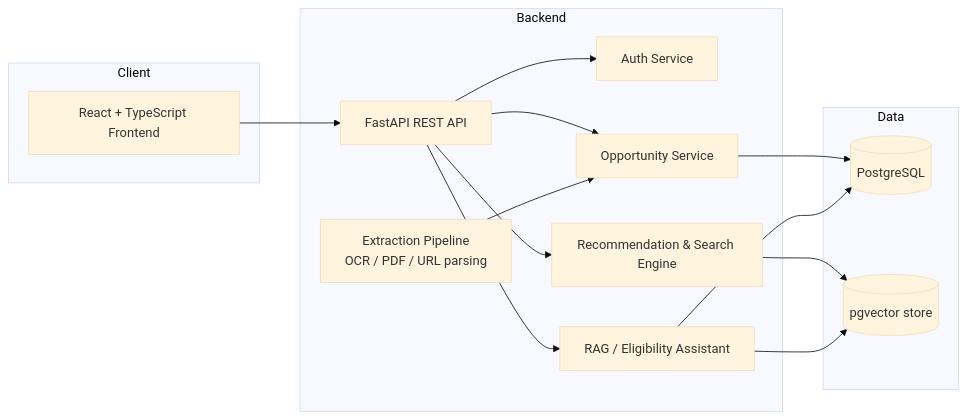
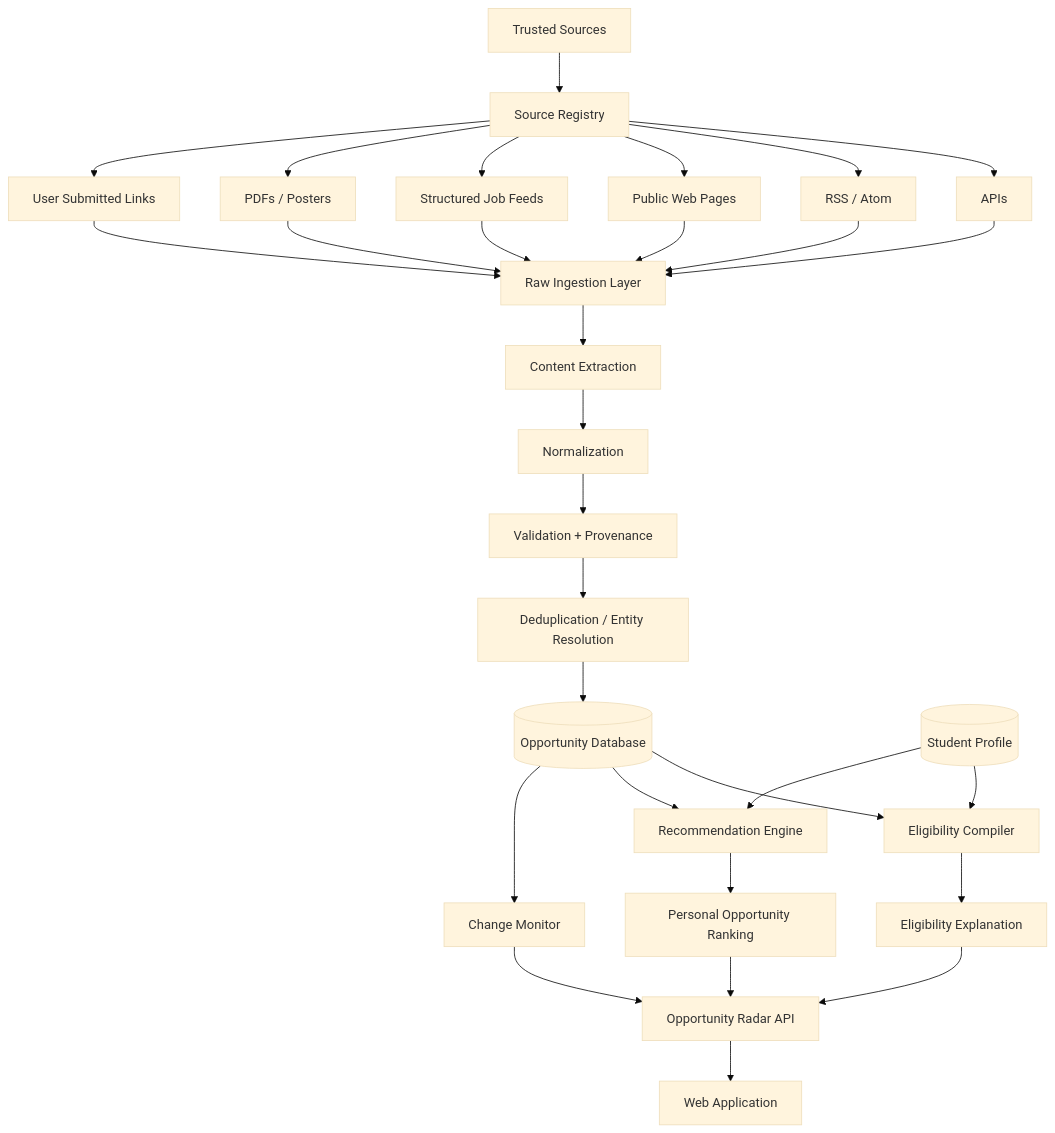
The diagram in README.md (Ranjith-7777/Opportunity-Radar), drawn with Mermaid (base theme) before and after one commit. The commit also changed other lines of this file, not shown here.

````diff
--- a/README.md
+++ b/README.md
@@ -70,31 +396,42 @@
 ```mermaid
-flowchart LR
-    subgraph Client
-        A[React + TypeScript Frontend]
-    end
+flowchart TD
 
-    subgraph Backend
-        B[FastAPI REST API]
-        C[Auth Service]
-        D[Opportunity Service]
-        E[Extraction Pipeline<br/>OCR / PDF / URL parsing]
-        F[Recommendation & Search Engine]
-        G[RAG / Eligibility Assistant]
-    end
+    A[Trusted Sources] --> B[Source Registry]
 
-    subgraph Data
-        H[(PostgreSQL)]
-        I[(pgvector store)]
-    end
+    B --> C1[APIs]
+    B --> C2[RSS / Atom]
+    B --> C3[Public Web Pages]
+    B --> C4[Structured Job Feeds]
+    B --> C5[PDFs / Posters]
+    B --> C6[User Submitted Links]
 
-    A --> B
-    B --> C
-    B --> D
-    B --> F
-    B --> G
-    D --> H
-    E --> D
-    F --> I
-    G --> I
-    G --> H
+    C1 --> D[Raw Ingestion Layer]
+    C2 --> D
+    C3 --> D
+    C4 --> D
+    C5 --> D
+    C6 --> D
+
+    D --> E[Content Extraction]
+    E --> F[Normalization]
+    F --> G[Validation + Provenance]
+    G --> H[Deduplication / Entity Resolution]
+
+    H --> I[(Opportunity Database)]
+
+    I --> J[Eligibility Compiler]
+    I --> K[Recommendation Engine]
+    I --> L[Change Monitor]
+
+    M[(Student Profile)] --> J
+    M --> K
+
+    J --> N[Eligibility Explanation]
+    K --> O[Personal Opportunity Ranking]
+
+    N --> P[Opportunity Radar API]
+    O --> P
+    L --> P
+
+    P --> Q[Web Application]
 ```
````
